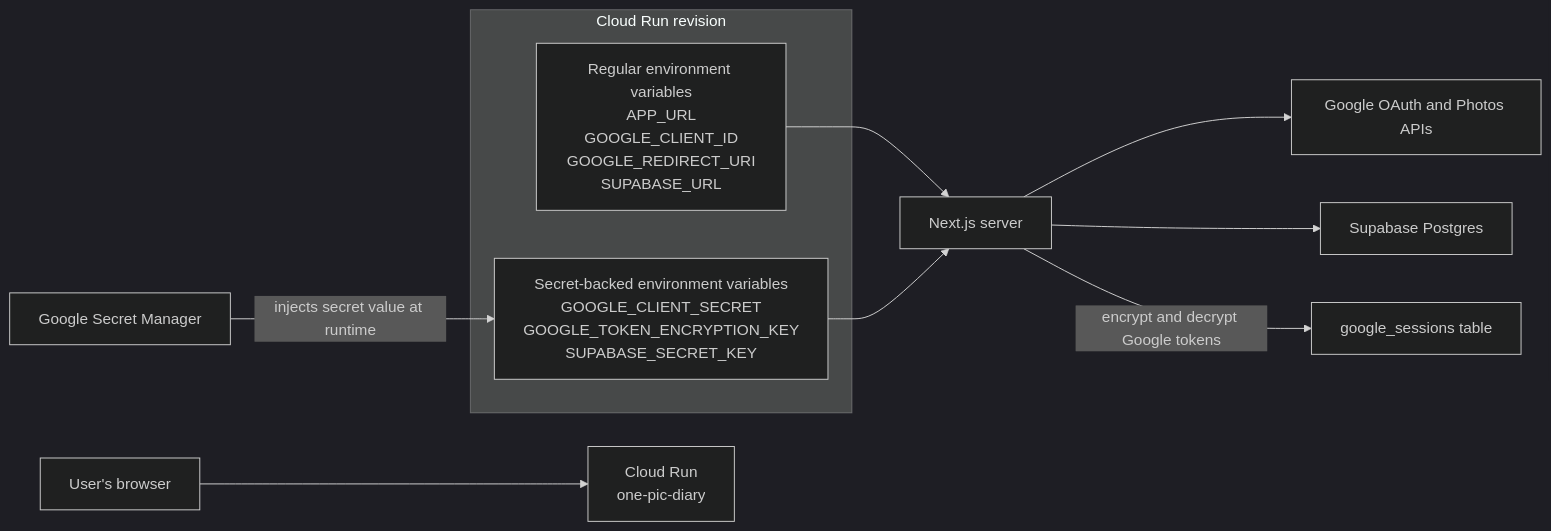
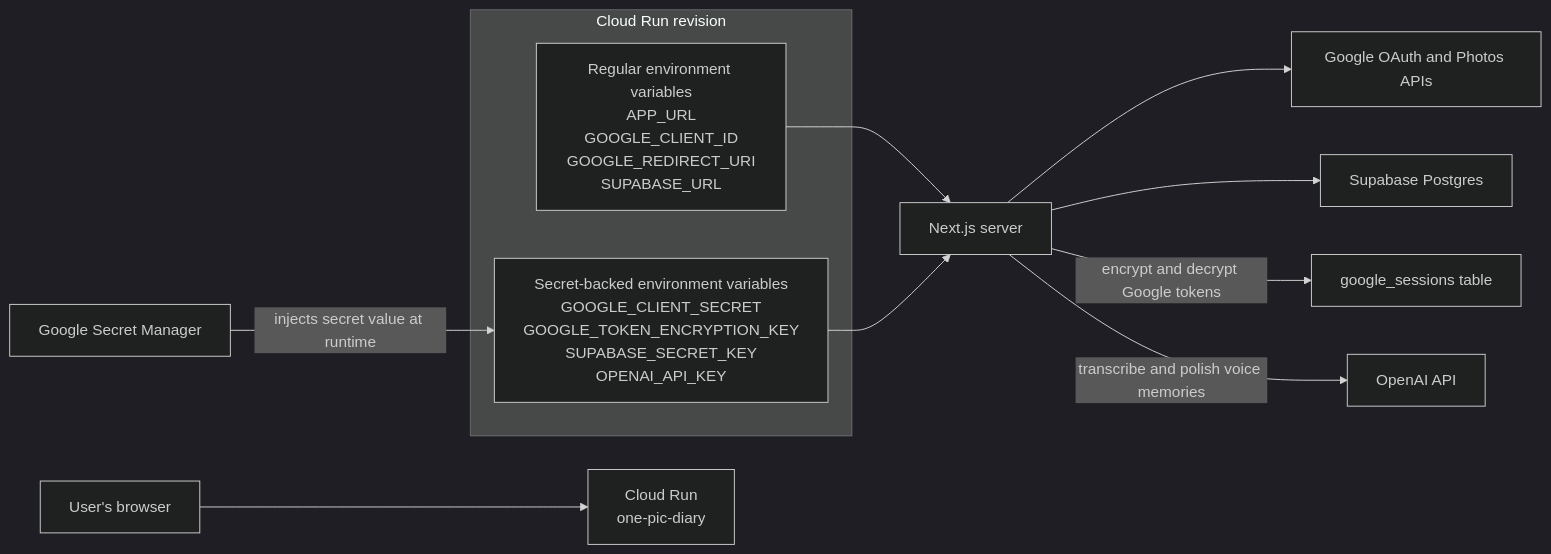
Before and after one commit to yiningwoof/1PicDiary: the first of 2 diagrams in docs/cloud-run-environment-and-secrets.md, drawn with Mermaid (dark theme). The commit also changed other lines of this file and 8 other files, not shown here.

Commit message:
add AI voice memories

````diff
--- a/docs/cloud-run-environment-and-secrets.md
+++ b/docs/cloud-run-environment-and-secrets.md
@@ -8,16 +8,17 @@
 ```mermaid
 flowchart LR
     Browser[User's browser] --> CloudRun[Cloud Run\none-pic-diary]
 
     subgraph Runtime[Cloud Run revision]
       PublicEnv[Regular environment variables\nAPP_URL\nGOOGLE_CLIENT_ID\nGOOGLE_REDIRECT_URI\nSUPABASE_URL]
-      SecretEnv[Secret-backed environment variables\nGOOGLE_CLIENT_SECRET\nGOOGLE_TOKEN_ENCRYPTION_KEY\nSUPABASE_SECRET_KEY]
+      SecretEnv[Secret-backed environment variables\nGOOGLE_CLIENT_SECRET\nGOOGLE_TOKEN_ENCRYPTION_KEY\nSUPABASE_SECRET_KEY\nOPENAI_API_KEY]
     end
 
     SecretManager[Google Secret Manager] -->|injects secret value at runtime| SecretEnv
     PublicEnv --> App[Next.js server]
     SecretEnv --> App
     App --> GoogleOAuth[Google OAuth and Photos APIs]
     App --> Supabase[Supabase Postgres]
     App -->|encrypt and decrypt Google tokens| Sessions[google_sessions table]
+    App -->|transcribe and polish voice memories| OpenAI[OpenAI API]
 ```
````
